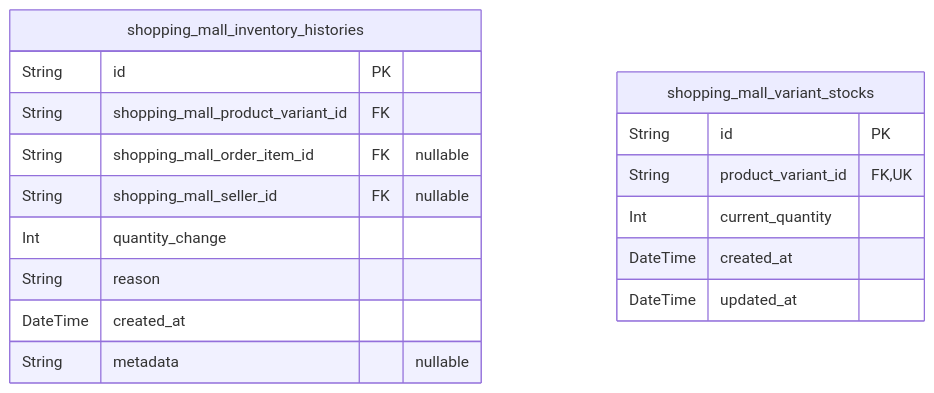
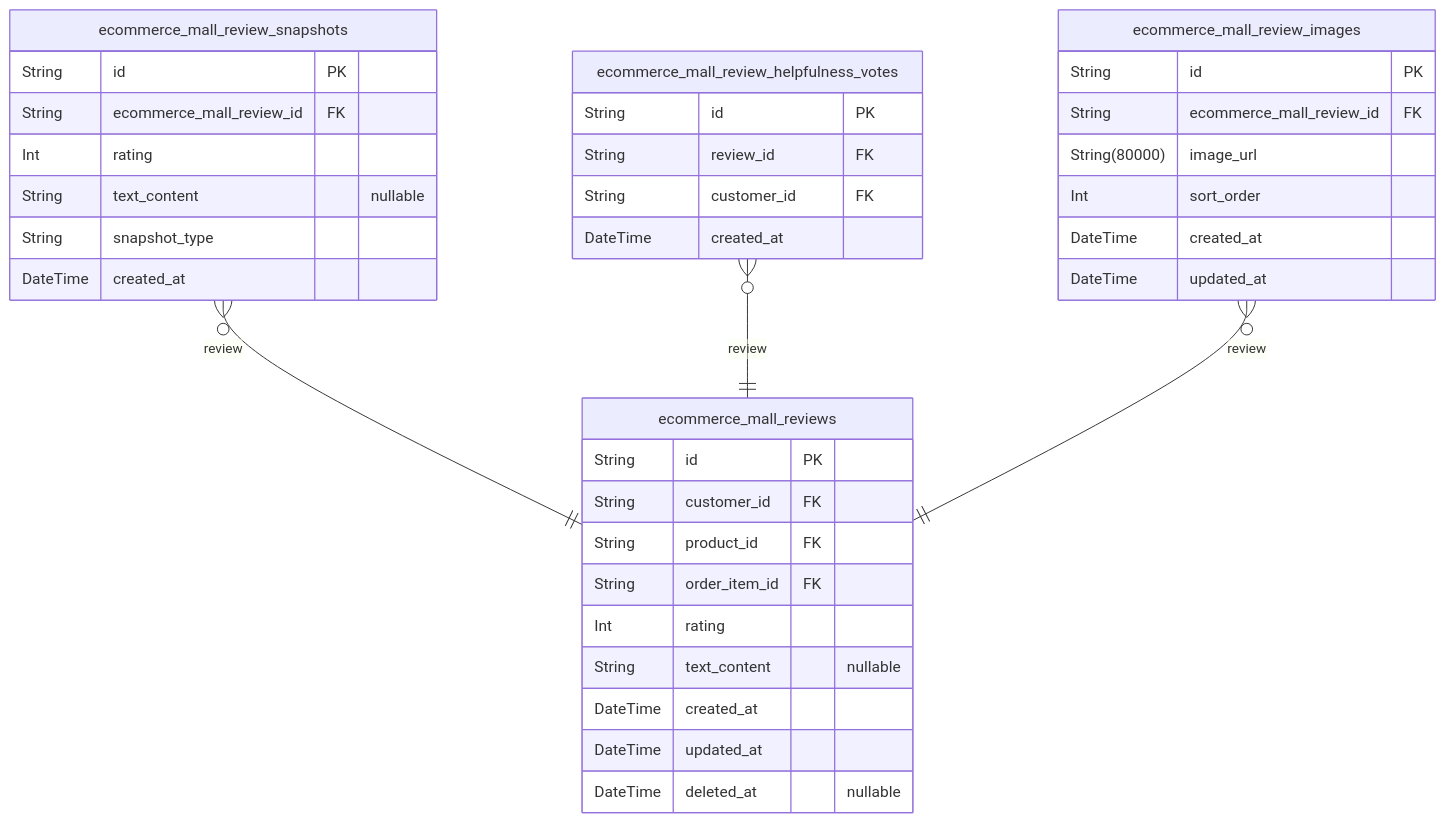
Before and after one commit to wrtnlabs/autobe-examples: the seventh of 11 diagrams in qwen/qwen3-coder-next/shopping/docs/ERD.md, drawn with Mermaid. The commit also changed other lines of this file and 13530 other files, not shown here.

````diff
--- a/qwen/qwen3-coder-next/shopping/docs/ERD.md
+++ b/qwen/qwen3-coder-next/shopping/docs/ERD.md
@@ -1653,20 +1303,39 @@
 ```mermaid
 erDiagram
-"shopping_mall_inventory_histories" {
+"ecommerce_mall_reviews" {
   String id PK
-  String shopping_mall_product_variant_id FK
-  String shopping_mall_order_item_id FK "nullable"
-  String shopping_mall_seller_id FK "nullable"
-  Int quantity_change
-  String reason
+  String customer_id FK
+  String product_id FK
+  String order_item_id FK
+  Int rating
+  String text_content "nullable"
   DateTime created_at
-  String metadata "nullable"
+  DateTime updated_at
+  DateTime deleted_at "nullable"
 }
-"shopping_mall_variant_stocks" {
+"ecommerce_mall_review_snapshots" {
   String id PK
-  String product_variant_id FK,UK
-  Int current_quantity
+  String ecommerce_mall_review_id FK
+  Int rating
+  String text_content "nullable"
+  String snapshot_type
+  DateTime created_at
+}
+"ecommerce_mall_review_helpfulness_votes" {
+  String id PK
+  String review_id FK
+  String customer_id FK
+  DateTime created_at
+}
+"ecommerce_mall_review_images" {
+  String id PK
+  String ecommerce_mall_review_id FK
+  String(80000) image_url
+  Int sort_order
   DateTime created_at
   DateTime updated_at
 }
+"ecommerce_mall_review_snapshots" }o--|| "ecommerce_mall_reviews" : review
+"ecommerce_mall_review_helpfulness_votes" }o--|| "ecommerce_mall_reviews" : review
+"ecommerce_mall_review_images" }o--|| "ecommerce_mall_reviews" : review
 ```
````
